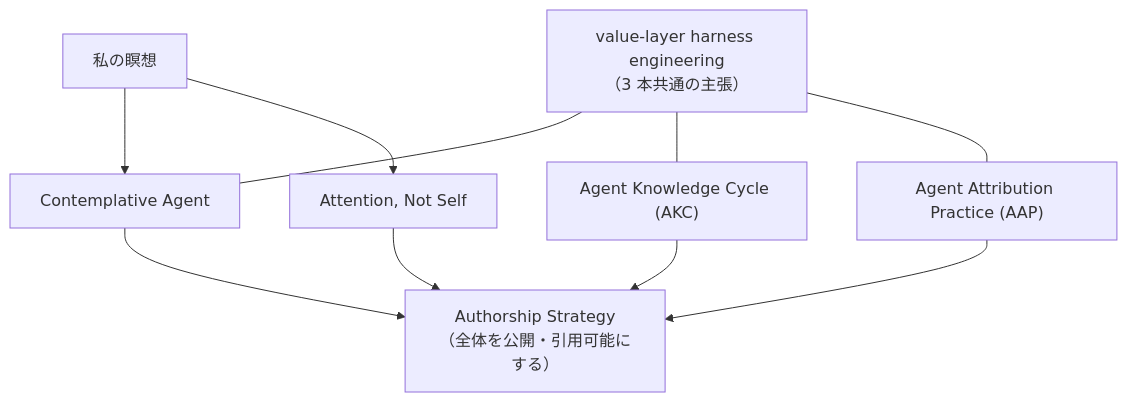
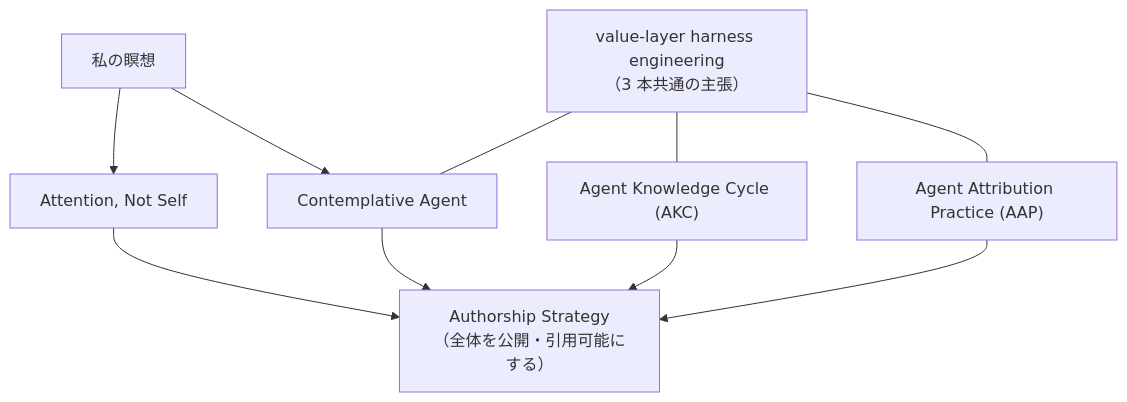
The diagram in README.ja.md (shimo4228/shimo4228), drawn with Mermaid before and after one commit. The commit also changed 1 other file, not shown here.

Commit message:
docs(readme): reorder diagram nodes (ANS before CA) to remove edge crossings

````diff
--- a/README.ja.md
+++ b/README.ja.md
@@ -33,9 +33,9 @@
 ```mermaid
 graph TD
-    M["私の瞑想"] --> CA["Contemplative Agent"]
-    M --> ANS["Attention, Not Self"]
+    M["私の瞑想"] --> ANS["Attention, Not Self"]
+    M --> CA["Contemplative Agent"]
     V["value-layer harness engineering<br>（3 本共通の主張）"] --- CA
     V --- AKC["Agent Knowledge Cycle (AKC)"]
     V --- AAP["Agent Attribution Practice (AAP)"]
-    CA & AKC & AAP & ANS --> AS["Authorship Strategy<br>（全体を公開・引用可能にする）"]
+    ANS & CA & AKC & AAP --> AS["Authorship Strategy<br>（全体を公開・引用可能にする）"]
 ```
````
